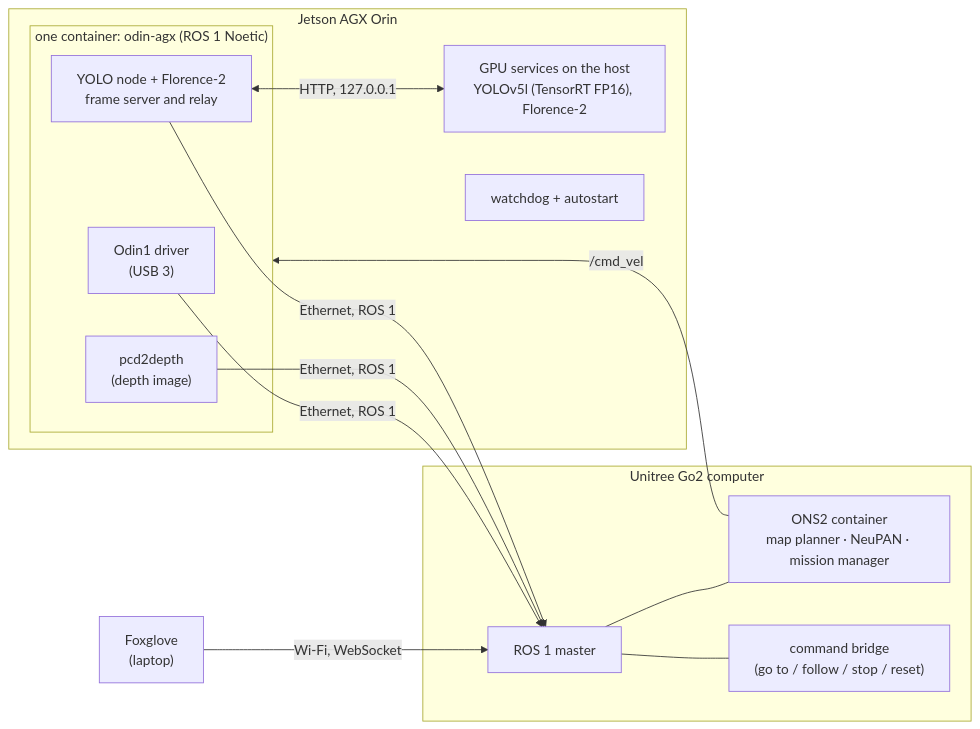
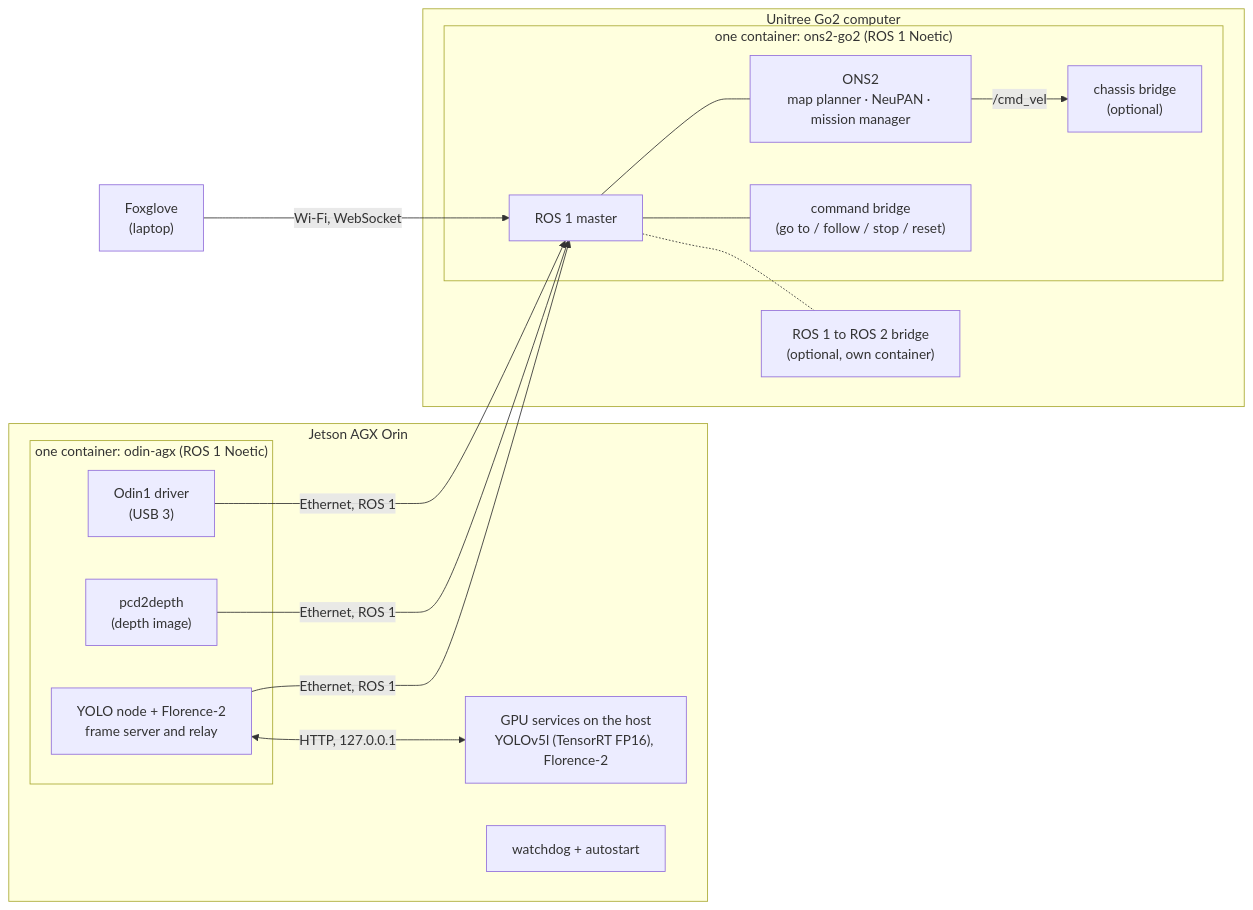
The diagram in go2_agx/README.md (datamentors/Odin-Nav-Stack2), drawn with Mermaid before and after one commit. The commit also changed other lines of this file and 15 other files, not shown here.

Commit message:
Single Go2 container, same-machine mode, test script, stop fix

````diff
--- a/go2_agx/README.md
+++ b/go2_agx/README.md
@@ -15,24 +15,28 @@
 ```mermaid
 flowchart LR
   subgraph AGX["Jetson AGX Orin"]
-    subgraph C["one container: odin-agx (ROS 1 Noetic)"]
+    subgraph AC["one container: odin-agx (ROS 1 Noetic)"]
       O1["Odin1 driver<br/>(USB 3)"]
       D["pcd2depth<br/>(depth image)"]
       Y["YOLO node + Florence-2<br/>frame server and relay"]
     end
     G["GPU services on the host<br/>YOLOv5l (TensorRT FP16), Florence-2"]
     W["watchdog + autostart"]
     Y <-- "HTTP, 127.0.0.1" --> G
   end
   subgraph GO2["Unitree Go2 computer"]
-    M["ROS 1 master"]
-    N["ONS2 container<br/>map planner · NeuPAN · mission manager"]
-    B["command bridge<br/>(go to / follow / stop / reset)"]
-    C["chassis bridge<br/>(optional)"]
+    subgraph GC["one container: ons2-go2 (ROS 1 Noetic)"]
+      M["ROS 1 master"]
+      N["ONS2<br/>map planner · NeuPAN · mission manager"]
+      B["command bridge<br/>(go to / follow / stop / reset)"]
+      C["chassis bridge<br/>(optional)"]
+    end
+    RB["ROS 1 to ROS 2 bridge<br/>(optional, own container)"]
+    M -.- RB
   end
   FG["Foxglove<br/>(laptop)"]
   O1 & D & Y -- "Ethernet, ROS 1" --> M
   M --- N & B
   N -- "/cmd_vel" --> C
   FG -- "Wi-Fi, WebSocket" --> M
 ```
````
